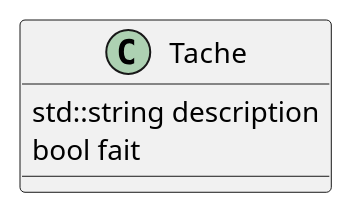
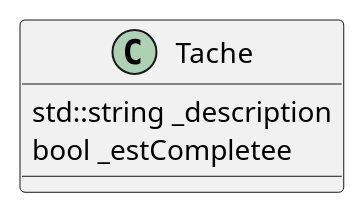
One commit to plbrault/420-SF2-RE changed the first of 6 diagrams in laboratoires/lab02-oop1/consignes/lab02.md. Above: the diagram before and after it, drawn with PlantUML. The commit also changed other lines of this file, not shown here.

````diff
--- a/laboratoires/lab02-oop1/consignes/lab02.md
+++ b/laboratoires/lab02-oop1/consignes/lab02.md
@@ -46,8 +44,8 @@
 ```plantuml
 @startuml
 class Tache {
-    std::string description
-    bool fait
+    std::string _description
+    bool _estCompletee
 }
 @enduml
 ```
````
